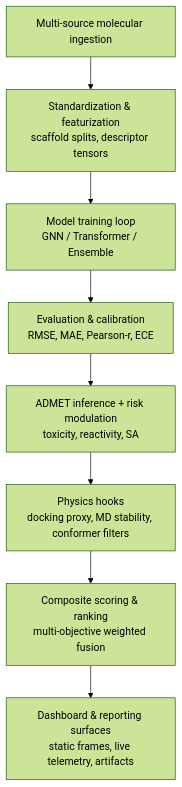
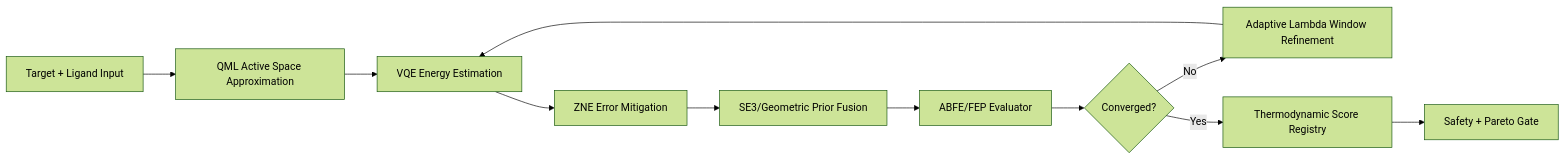
One commit to cosmic-hydra/zane changed the first of 3 diagrams in README.md. Above: the diagram before and after it, drawn with Mermaid (forest theme). The commit also changed other lines of this file and 14 other files, not shown here.

````diff
--- a/README.md
+++ b/README.md
@@ -810,10 +301,13 @@
 ```mermaid
-graph TD
-    A[Multi-source molecular ingestion] --> B[Standardization & featurization<br/>scaffold splits, descriptor tensors]
-    B --> C[Model training loop<br/>GNN / Transformer / Ensemble]
-    C --> D[Evaluation & calibration<br/>RMSE, MAE, Pearson-r, ECE]
-    D --> E[ADMET inference + risk modulation<br/>toxicity, reactivity, SA]
-    E --> F[Physics hooks<br/>docking proxy, MD stability, conformer filters]
-    F --> G[Composite scoring & ranking<br/>multi-objective weighted fusion]
-    G --> H[Dashboard & reporting surfaces<br/>static frames, live telemetry, artifacts]
+flowchart LR
+    A[Target + Ligand Input] --> B[QML Active Space Approximation]
+    B --> C[VQE Energy Estimation]
+    C --> D[ZNE Error Mitigation]
+    D --> E[SE3/Geometric Prior Fusion]
+    E --> F[ABFE/FEP Evaluator]
+    F --> G{Converged?}
+    G -- No --> H[Adaptive Lambda Window Refinement]
+    H --> C
+    G -- Yes --> I[Thermodynamic Score Registry]
+    I --> J[Safety + Pareto Gate]
 ```
````
